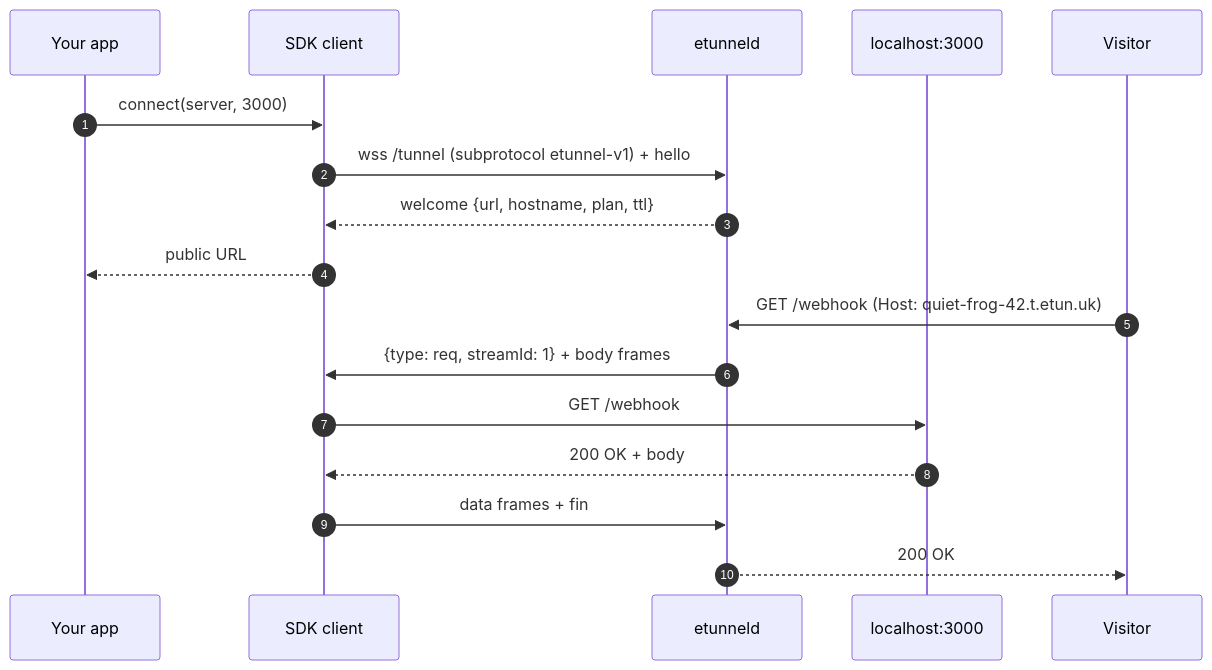
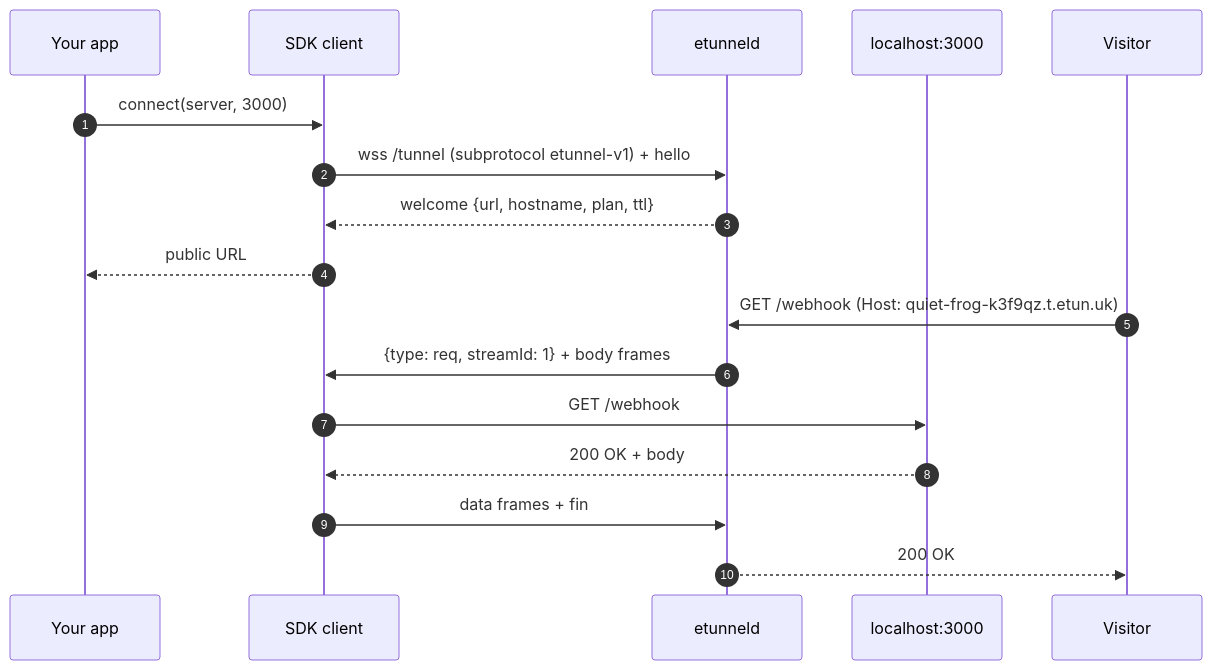
The second of 2 diagrams in README.md (topcheer/etunnel), drawn with Mermaid before and after one commit. The commit also changed other lines of this file, not shown here.

````diff
--- a/README.md
+++ b/README.md
@@ -49,21 +49,21 @@
 ```mermaid
 sequenceDiagram
     autonumber
     participant App as Your app
     participant SDK as SDK client
     participant Edge as etunneld
     participant Local as localhost:3000
     participant V as Visitor
 
     App->>SDK: connect(server, 3000)
     SDK->>Edge: wss /tunnel (subprotocol etunnel-v1) + hello
     Edge-->>SDK: welcome {url, hostname, plan, ttl}
     SDK-->>App: public URL
 
-    V->>Edge: GET /webhook (Host: quiet-frog-42.t.etun.uk)
+    V->>Edge: GET /webhook (Host: quiet-frog-k3f9qz.t.etun.uk)
     Edge->>SDK: {type: req, streamId: 1} + body frames
     SDK->>Local: GET /webhook
     Local-->>SDK: 200 OK + body
     SDK->>Edge: data frames + fin
     Edge-->>V: 200 OK
 ```
````
